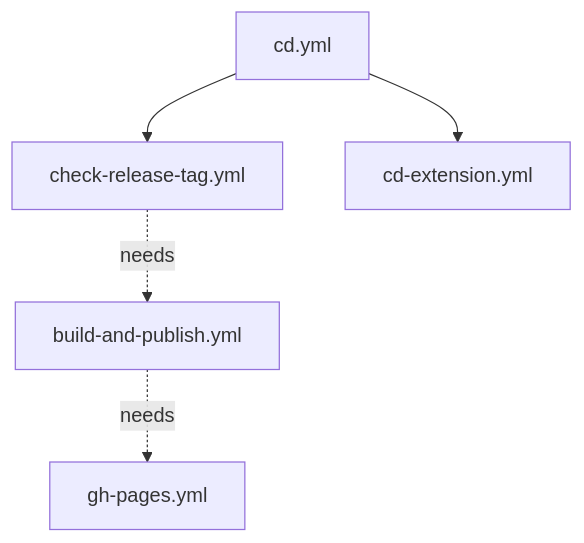
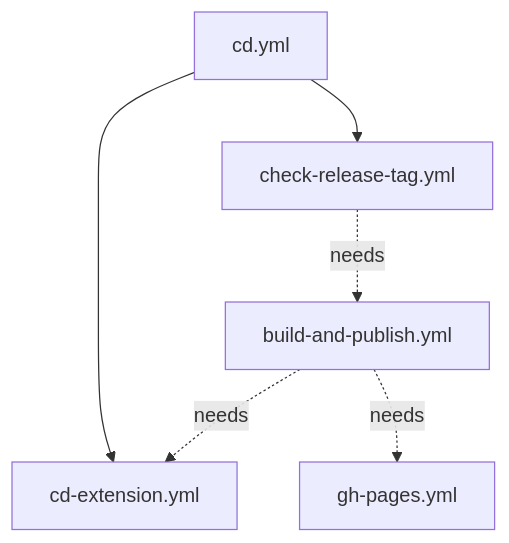
The third of 4 diagrams in doc/user_guide/features/github_workflows/index.rst (exasol/python-toolbox), drawn with Mermaid before and after one commit. The commit also changed other lines of this file and 3 other files, not shown here.

```diff
--- a/doc/user_guide/features/github_workflows/index.rst
+++ b/doc/user_guide/features/github_workflows/index.rst
@@ -280,11 +281,12 @@
 .. mermaid::
     :name: release-diagram
 
     graph TD
         %% Workflow Triggers (Solid Lines)
         cd[cd.yml] --> check-release-tag[check-release-tag.yml]
         cd --> cd-extension[cd-extension.yml]
 
         %% Dependencies / Waiting (Dotted Lines)
         check-release-tag -.->|needs| build-and-publish[build-and-publish.yml]
+        build-and-publish -.->|needs| cd-extension[cd-extension.yml]
         build-and-publish -.->|needs| gh-pages[gh-pages.yml]
```
